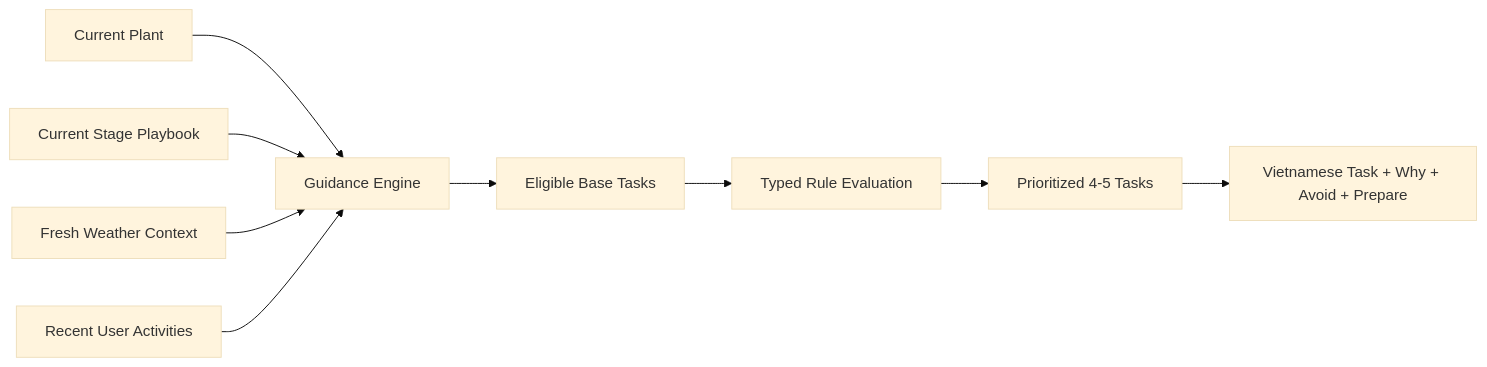
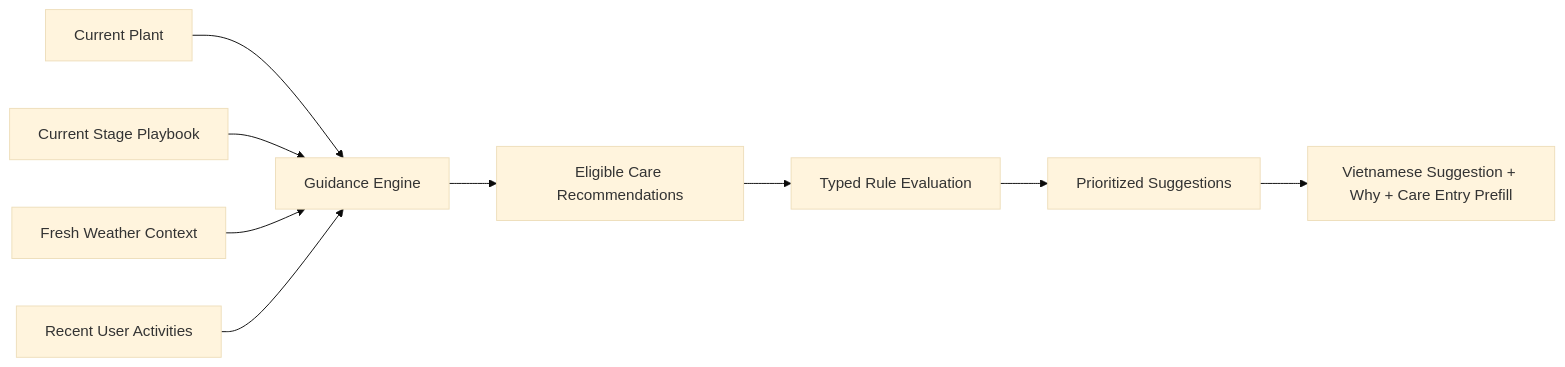
Before and after one commit to tandat2209/sotaytrongcay: the second of 2 diagrams in docs/KNOWLEDGE_BASE_ARCHITECTURE.md, drawn with Mermaid (base theme). The commit also changed other lines of this file and 39 other files, not shown here.

````diff
--- a/docs/KNOWLEDGE_BASE_ARCHITECTURE.md
+++ b/docs/KNOWLEDGE_BASE_ARCHITECTURE.md
@@ -62,11 +64,11 @@
 ```mermaid
 flowchart LR
     Plant["Current Plant"] --> Engine["Guidance Engine"]
     Stage["Current Stage Playbook"] --> Engine
     Weather["Fresh Weather Context"] --> Engine
     History["Recent User Activities"] --> Engine
-    Engine --> Eligible["Eligible Base Tasks"]
+    Engine --> Eligible["Eligible Care Recommendations"]
     Eligible --> Rules["Typed Rule Evaluation"]
-    Rules --> Ranked["Prioritized 4-5 Tasks"]
-    Ranked --> Output["Vietnamese Task + Why + Avoid + Prepare"]
+    Rules --> Ranked["Prioritized Suggestions"]
+    Ranked --> Output["Vietnamese Suggestion + Why + Care Entry Prefill"]
 ```
````
